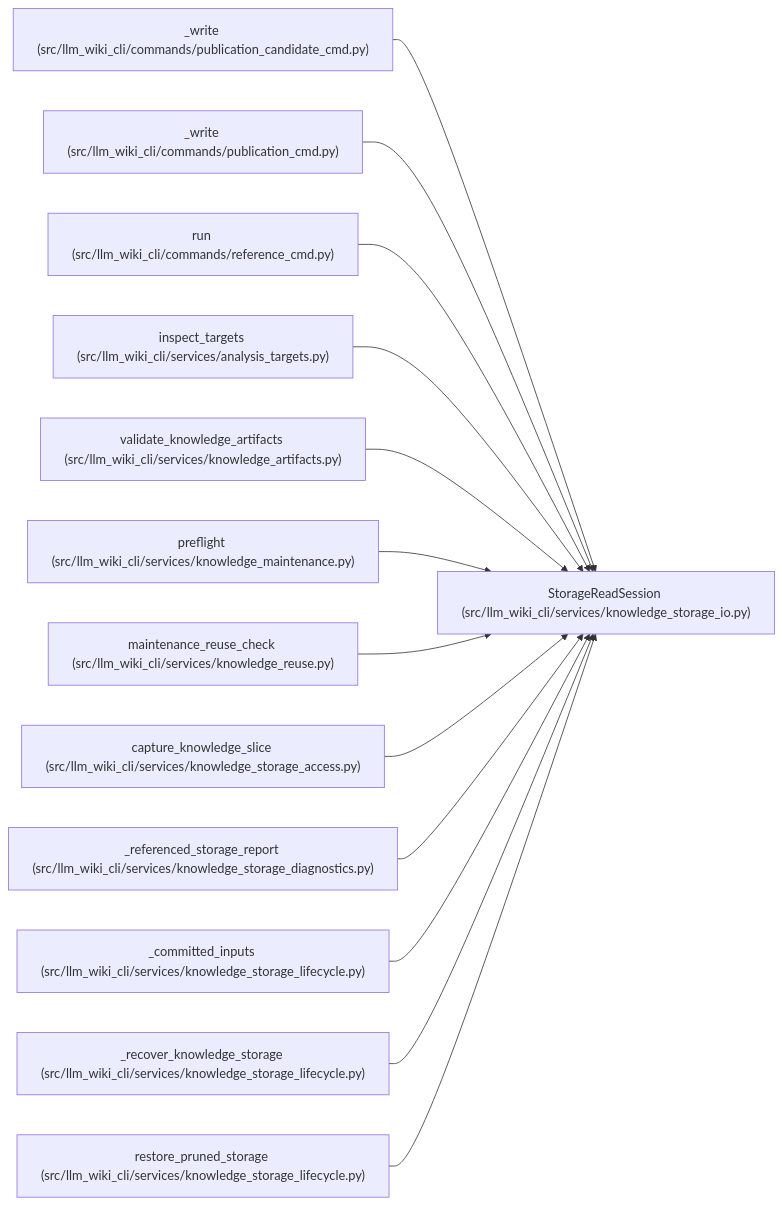
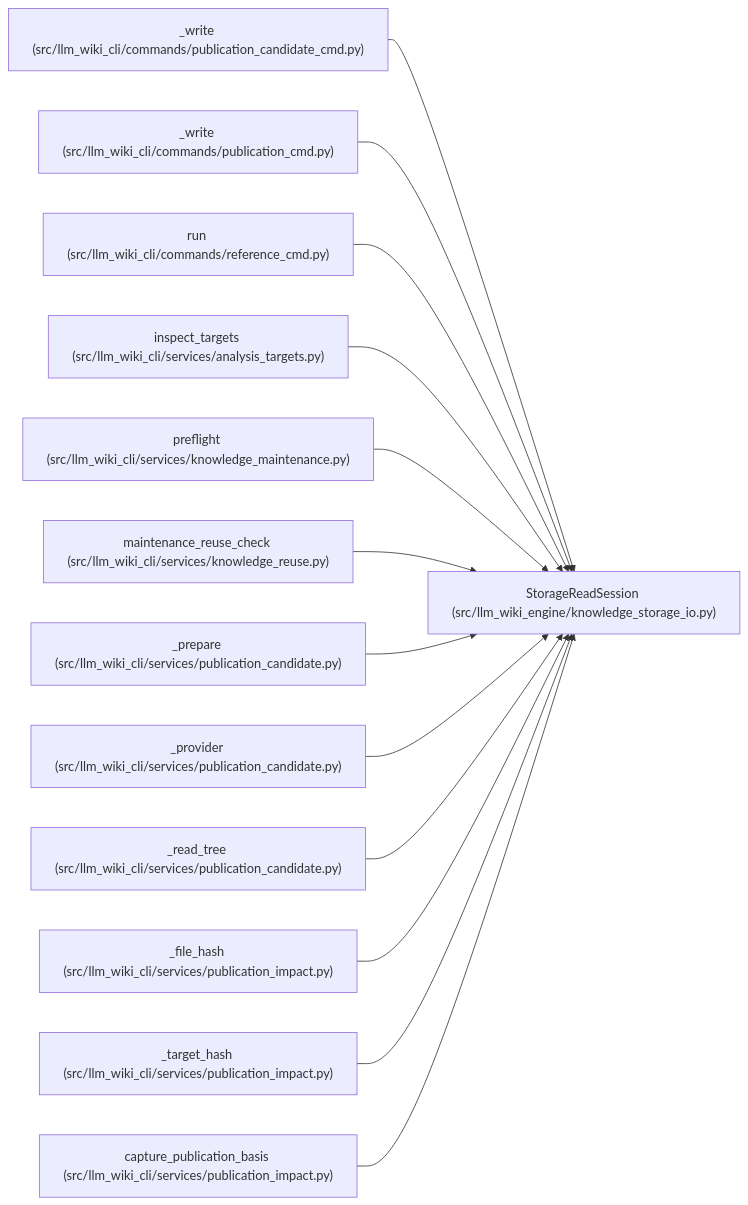
Before and after one commit to Denissvgn/python-wiki-llm: the diagram in docs/llm_wiki/entities/StorageReadSession.md, drawn with Mermaid. The commit also changed other lines of this file and 1058 other files, not shown here.

First line of the commit message:
docs: refresh the wiki for the knowledge store move

````diff
--- a/docs/llm_wiki/entities/StorageReadSession.md
+++ b/docs/llm_wiki/entities/StorageReadSession.md
@@ -34,41 +34,41 @@
 ```mermaid
 flowchart LR
-    n0["StorageReadSession (src/llm_wiki_cli/services/knowledge_storage_io.py)"]
+    n0["StorageReadSession (src/llm_wiki_engine/knowledge_storage_io.py)"]
     n1["_write (src/llm_wiki_cli/commands/publication_candidate_cmd.py)"]
     n2["_write (src/llm_wiki_cli/commands/publication_cmd.py)"]
     n3["run (src/llm_wiki_cli/commands/reference_cmd.py)"]
     n4["inspect_targets (src/llm_wiki_cli/services/analysis_targets.py)"]
-    n5["validate_knowledge_artifacts (src/llm_wiki_cli/services/knowledge_artifacts.py)"]
-    n6["preflight (src/llm_wiki_cli/services/knowledge_maintenance.py)"]
-    n7["maintenance_reuse_check (src/llm_wiki_cli/services/knowledge_reuse.py)"]
-    n8["capture_knowledge_slice (src/llm_wiki_cli/services/knowledge_storage_access.py)"]
-    n9["_referenced_storage_report (src/llm_wiki_cli/services/knowledge_storage_diagnostics.py)"]
-    n10["_committed_inputs (src/llm_wiki_cli/services/knowledge_storage_lifecycle.py)"]
-    n11["_recover_knowledge_storage (src/llm_wiki_cli/services/knowledge_storage_lifecycle.py)"]
-    n12["restore_pruned_storage (src/llm_wiki_cli/services/knowledge_storage_lifecycle.py)"]
+    n5["preflight (src/llm_wiki_cli/services/knowledge_maintenance.py)"]
+    n6["maintenance_reuse_check (src/llm_wiki_cli/services/knowledge_reuse.py)"]
+    n7["_prepare (src/llm_wiki_cli/services/publication_candidate.py)"]
+    n8["_provider (src/llm_wiki_cli/services/publication_candidate.py)"]
+    n9["_read_tree (src/llm_wiki_cli/services/publication_candidate.py)"]
+    n10["_file_hash (src/llm_wiki_cli/services/publication_impact.py)"]
+    n11["_target_hash (src/llm_wiki_cli/services/publication_impact.py)"]
+    n12["capture_publication_basis (src/llm_wiki_cli/services/publication_impact.py)"]
     n1 --> n0
     n2 --> n0
     n3 --> n0
     n4 --> n0
     n5 --> n0
     n6 --> n0
     n7 --> n0
     n8 --> n0
     n9 --> n0
     n10 --> n0
     n11 --> n0
     n12 --> n0
     click n0 "../modules/knowledge_storage_io.md"
     click n1 "../modules/publication_candidate_cmd.md"
     click n2 "../modules/publication_cmd.md"
     click n3 "../modules/reference_cmd.md"
     click n4 "../modules/analysis_targets.md"
-    click n5 "../modules/knowledge_artifacts.md"
-    click n6 "../modules/knowledge_maintenance.md"
-    click n7 "../modules/knowledge_reuse.md"
-    click n8 "../modules/knowledge_storage_access.md"
-    click n9 "../modules/knowledge_storage_diagnostics.md"
-    click n10 "../modules/knowledge_storage_lifecycle.md"
-    click n11 "../modules/knowledge_storage_lifecycle.md"
-    click n12 "../modules/knowledge_storage_lifecycle.md"
+    click n5 "../modules/knowledge_maintenance.md"
+    click n6 "../modules/knowledge_reuse.md"
+    click n7 "../modules/publication_candidate.md"
+    click n8 "../modules/publication_candidate.md"
+    click n9 "../modules/publication_candidate.md"
+    click n10 "../modules/publication_impact.md"
+    click n11 "../modules/publication_impact.md"
+    click n12 "../modules/publication_impact.md"
 ```
````
